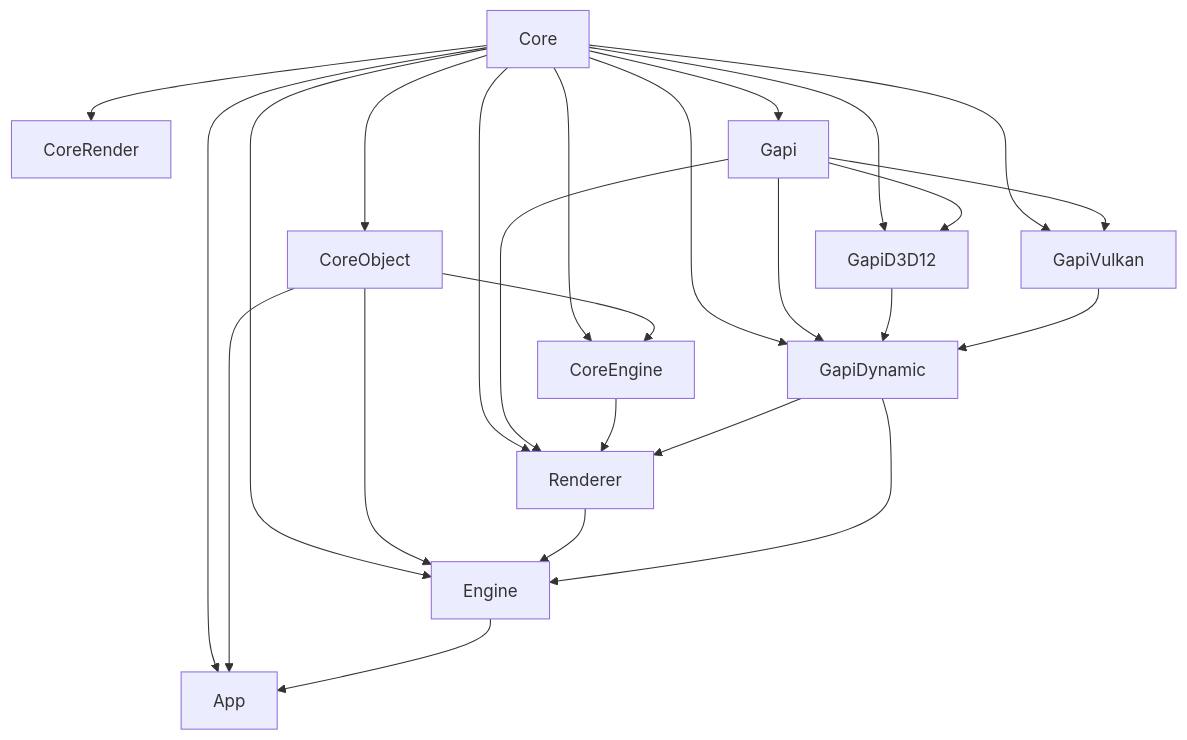
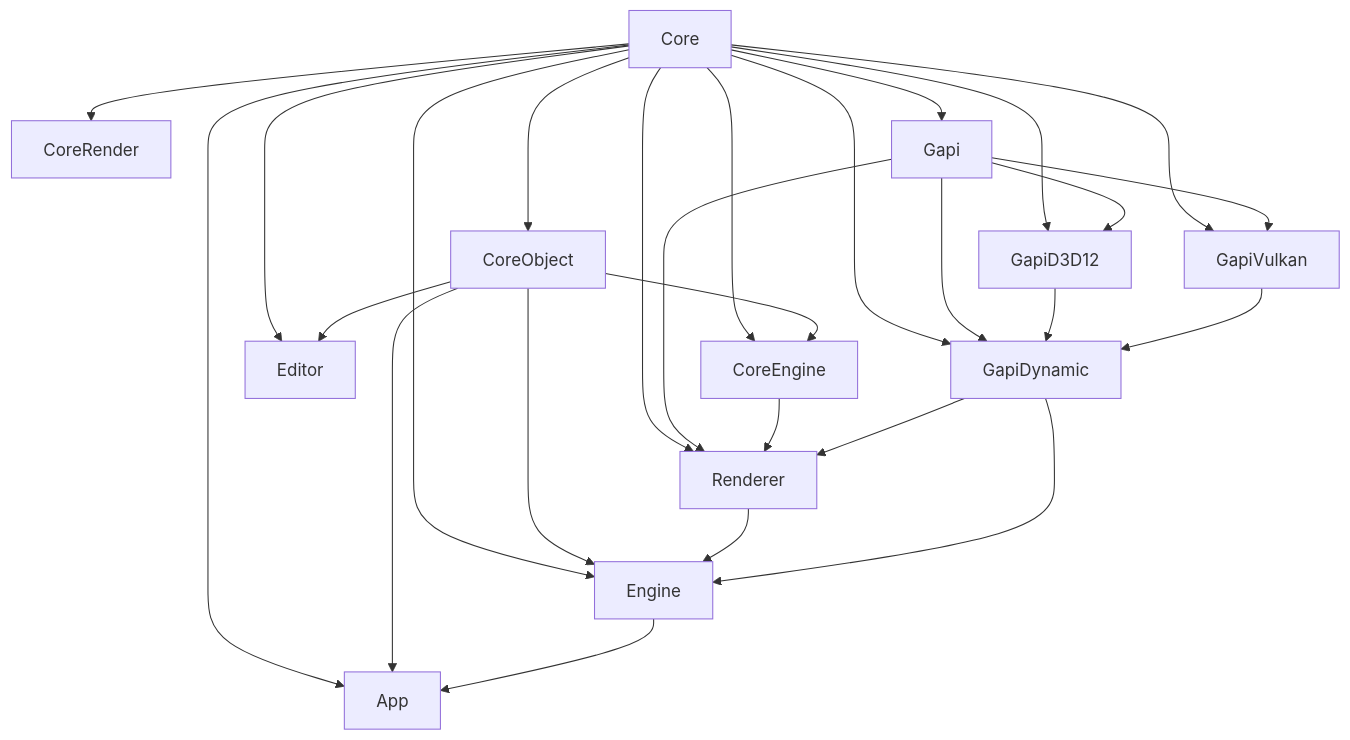
The diagram in README.md (hellokenlee/NeneEngine2), drawn with Mermaid before and after one commit. The commit also changed 5569 other files, not shown here.

````diff
--- a/README.md
+++ b/README.md
@@ -92,27 +92,29 @@
 ```mermaid
 graph TD
   Core --> App
   CoreObject --> App
   Engine --> App
   Core --> CoreEngine
   CoreObject --> CoreEngine
   Core --> CoreObject
   Core --> CoreRender
+  Core --> Editor
+  CoreObject --> Editor
   Core --> Engine
   CoreObject --> Engine
   Renderer --> Engine
   GapiDynamic --> Engine
   Core --> Gapi
   Core --> GapiD3D12
   Gapi --> GapiD3D12
   Core --> GapiDynamic
   Gapi --> GapiDynamic
   GapiD3D12 --> GapiDynamic
   GapiVulkan --> GapiDynamic
   Core --> GapiVulkan
   Gapi --> GapiVulkan
   Core --> Renderer
   Gapi --> Renderer
   CoreEngine --> Renderer
   GapiDynamic --> Renderer
 ```
````
